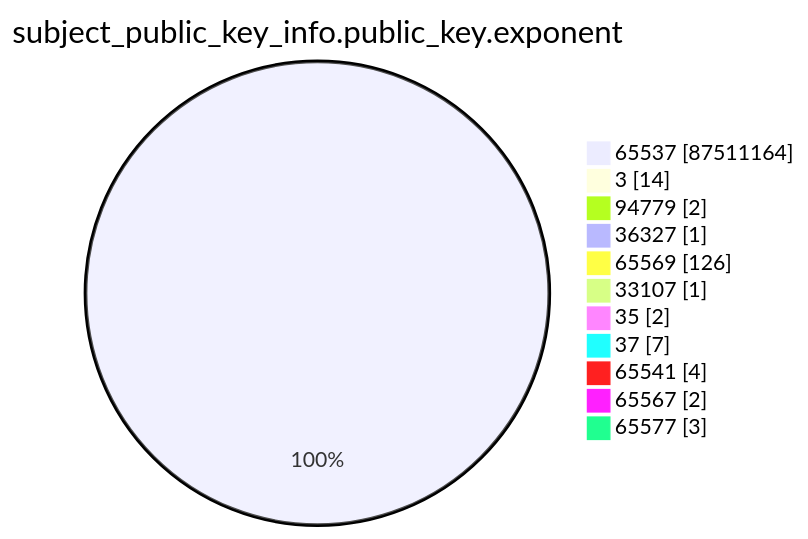
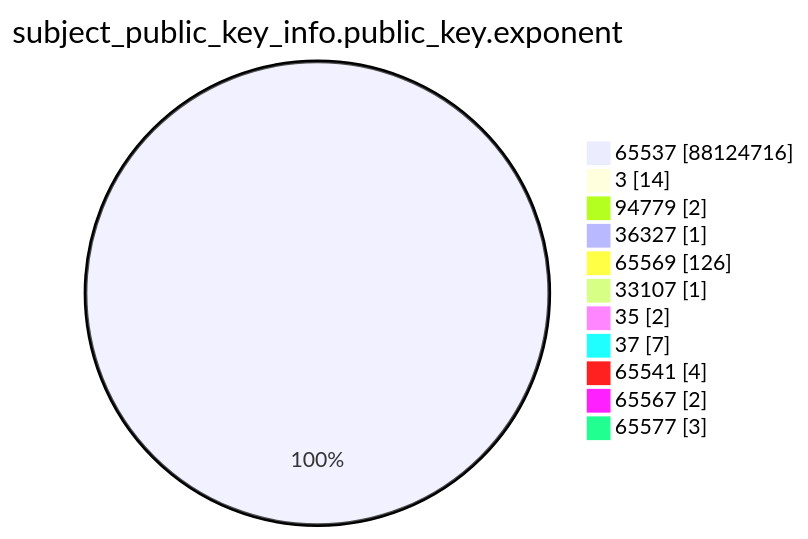
One commit to christiankrug/ctmonitor_visualization changed the fourth of 15 diagrams in xenon2023/README.md. Above: the diagram before and after it, drawn with Mermaid. The commit also changed other lines of this file, not shown here.

````diff
--- a/xenon2023/README.md
+++ b/xenon2023/README.md
@@ -1248,15 +1249,15 @@
 ```mermaid
 pie showData
 title subject_public_key_info.public_key.exponent
-"65537" :87511164
+"65537" :88124716
 "3" :14
 "94779" :2
 "36327" :1
 "65569" :126
 "33107" :1
 "35" :2
 "37" :7
 "65541" :4
 "65567" :2
 "65577" :3
 ```
````
